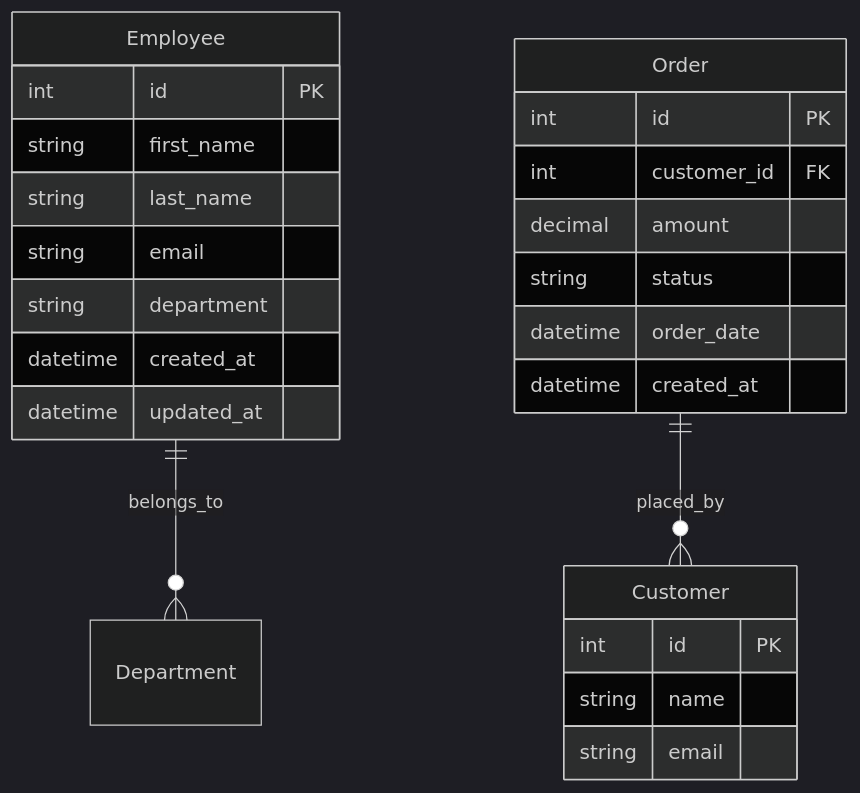
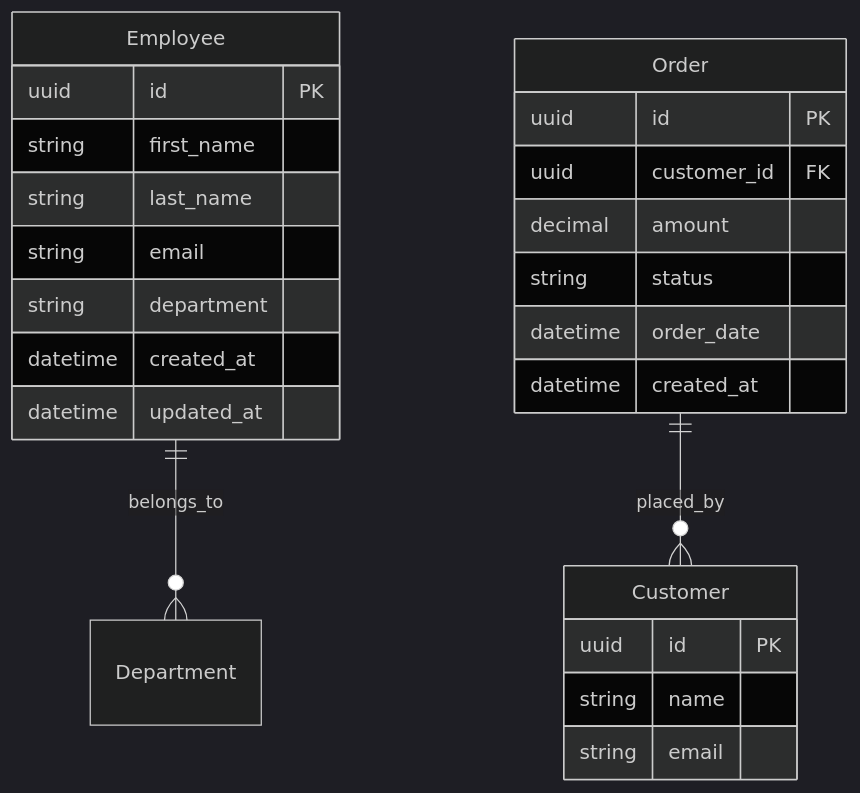
The diagram in README.md (el-collins/employee_directory), drawn with Mermaid (dark theme) before and after one commit. The commit also changed other lines of this file and 11 other files, not shown here.

````diff
--- a/README.md
+++ b/README.md
@@ -7,29 +13,29 @@
 ```mermaid
 erDiagram
     Employee ||--o{ Department : "belongs_to"
     Employee {
-        int id PK
+        uuid id PK
         string first_name
         string last_name
         string email
         string department
         datetime created_at
         datetime updated_at
     }
     
     Order ||--o{ Customer : "placed_by"
     Order {
-        int id PK
-        int customer_id FK
+        uuid id PK
+        uuid customer_id FK
         decimal amount
         string status
         datetime order_date
         datetime created_at
     }
     
     Customer {
-        int id PK
+        uuid id PK
         string name
         string email
     }
 ```
````
